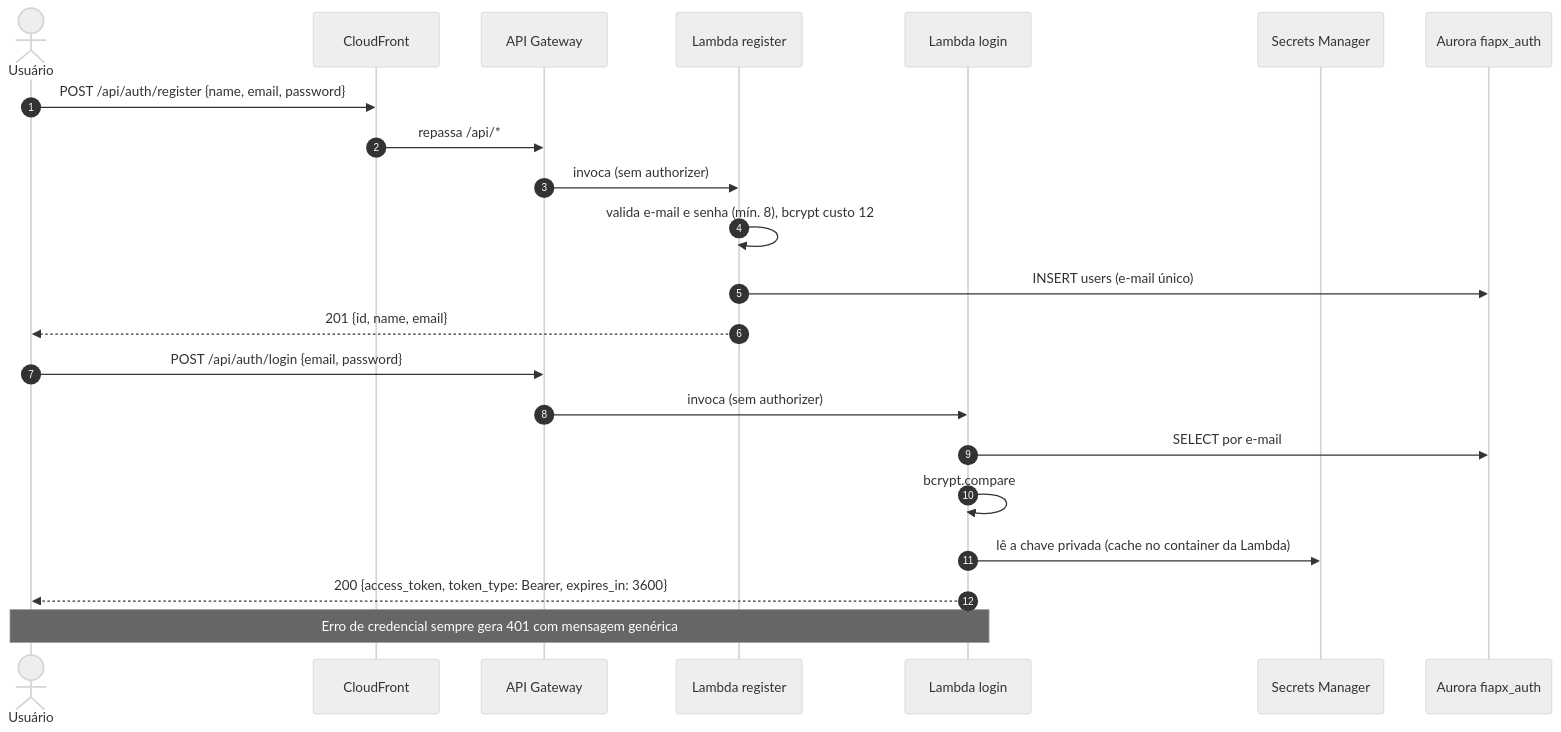
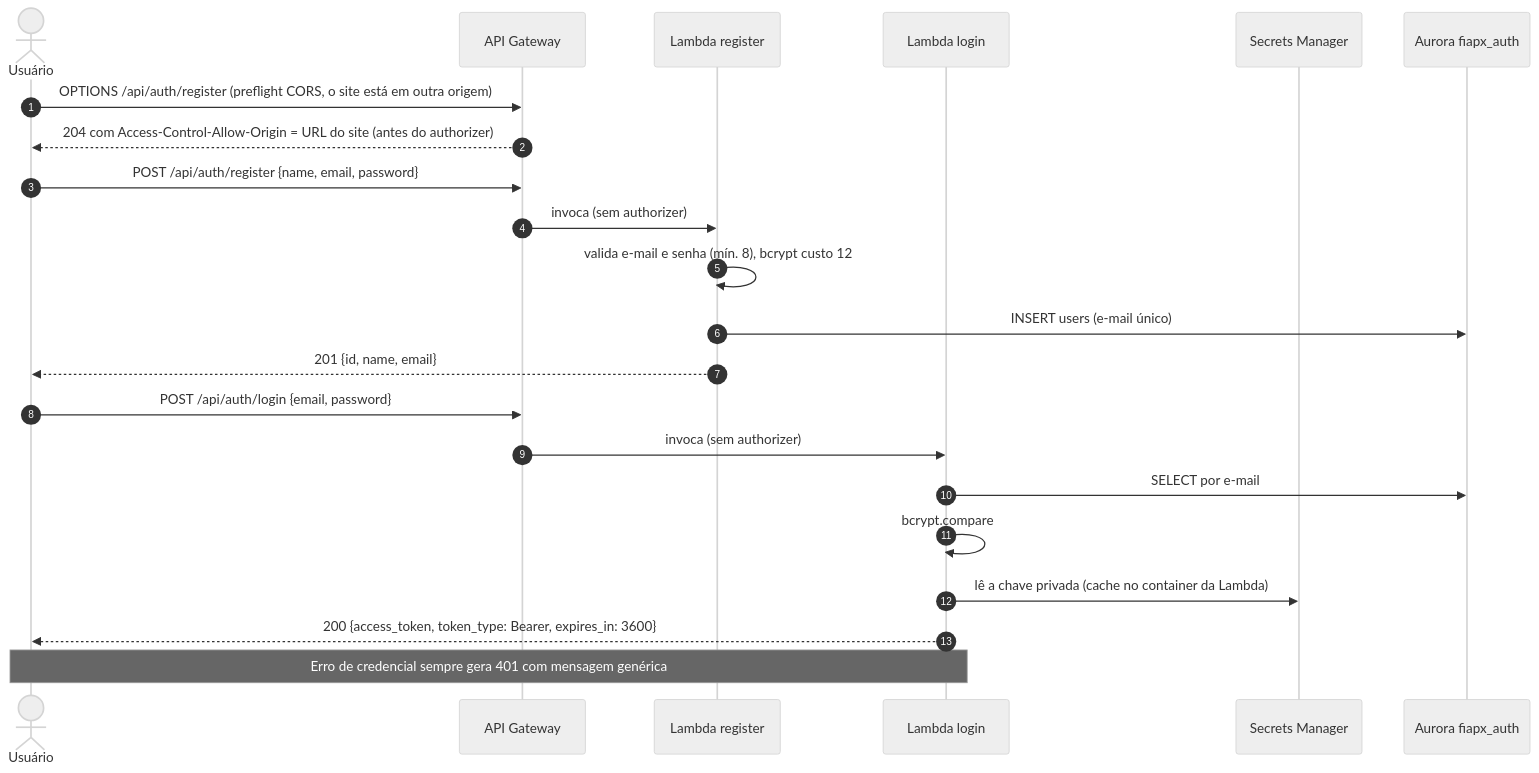
The first of 6 diagrams in 03-arquitetura/sequencias.md (hackathon-fiap-soat/fiapx-docs), drawn with Mermaid (neutral theme) before and after one commit. The commit also changed other lines of this file and 59 other files, not shown here.

````diff
--- a/03-arquitetura/sequencias.md
+++ b/03-arquitetura/sequencias.md
@@ -7,25 +7,25 @@
 ```mermaid
 sequenceDiagram
   autonumber
   actor U as Usuário
-  participant CF as CloudFront
   participant GW as API Gateway
   participant REG as Lambda register
   participant LOG as Lambda login
   participant SM as Secrets Manager
   participant DB as Aurora fiapx_auth
 
-  U->>CF: POST /api/auth/register {name, email, password}
-  CF->>GW: repassa /api/*
+  U->>GW: OPTIONS /api/auth/register (preflight CORS, o site está em outra origem)
+  GW-->>U: 204 com Access-Control-Allow-Origin = URL do site (antes do authorizer)
+  U->>GW: POST /api/auth/register {name, email, password}
   GW->>REG: invoca (sem authorizer)
   REG->>REG: valida e-mail e senha (mín. 8), bcrypt custo 12
   REG->>DB: INSERT users (e-mail único)
   REG-->>U: 201 {id, name, email}
   U->>GW: POST /api/auth/login {email, password}
   GW->>LOG: invoca (sem authorizer)
   LOG->>DB: SELECT por e-mail
   LOG->>LOG: bcrypt.compare
   LOG->>SM: lê a chave privada (cache no container da Lambda)
   LOG-->>U: 200 {access_token, token_type: Bearer, expires_in: 3600}
   Note over U,LOG: Erro de credencial sempre gera 401 com mensagem genérica
 ```
````
